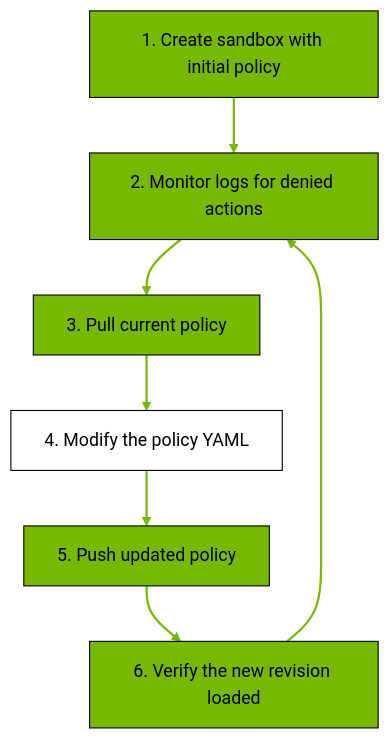
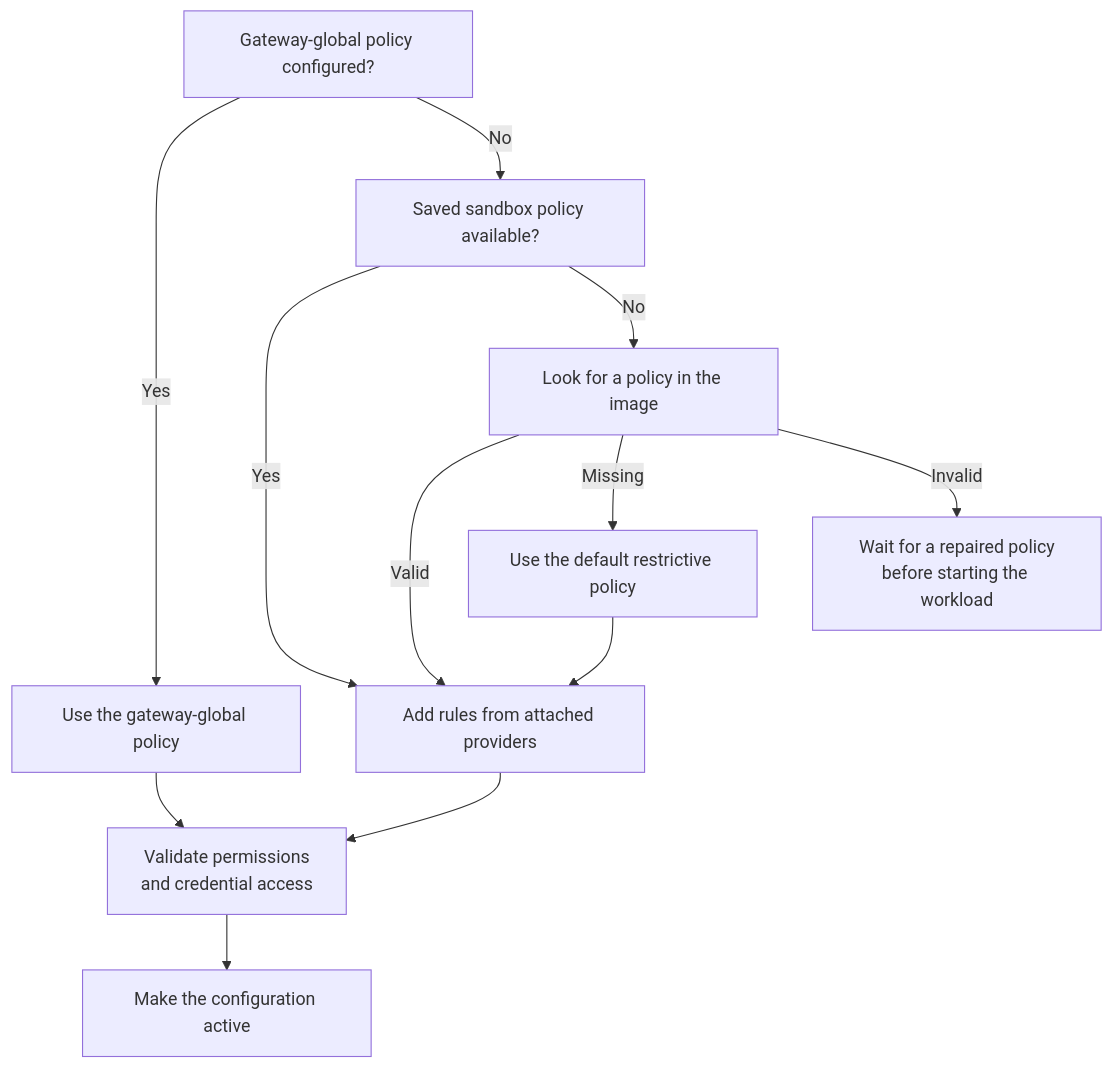
Before and after one commit to Hugoch/OpenShell: the first of 2 diagrams in docs/sandboxes/policies.mdx, drawn with Mermaid. The commit also changed other lines of this file and 24 other files, not shown here.

Commit message:
docs(policy): clarify sandbox policy workflows and reference

````diff
--- a/docs/sandboxes/policies.mdx
+++ b/docs/sandboxes/policies.mdx
@@ -195,18 +210,14 @@
 ```mermaid
 flowchart TD
-    A["1. Create sandbox with initial policy"] --> B["2. Monitor logs for denied actions"]
-    B --> C["3. Pull current policy"]
-    C --> D["4. Modify the policy YAML"]
-    D --> E["5. Push updated policy"]
-    E --> F["6. Verify the new revision loaded"]
-    F --> B
-
-    style A fill:#76b900,stroke:#000000,color:#000000
-    style B fill:#76b900,stroke:#000000,color:#000000
-    style C fill:#76b900,stroke:#000000,color:#000000
-    style D fill:#ffffff,stroke:#000000,color:#000000
-    style E fill:#76b900,stroke:#000000,color:#000000
-    style F fill:#76b900,stroke:#000000,color:#000000
-
-    linkStyle default stroke:#76b900,stroke-width:2px
+    A["Gateway-global policy configured?"] -->|Yes| B["Use the gateway-global policy"]
+    A -->|No| C["Saved sandbox policy available?"]
+    C -->|Yes| D["Add rules from attached providers"]
+    C -->|No| E["Look for a policy in the image"]
+    E -->|Valid| D
+    E -->|Missing| F["Use the default restrictive policy"]
+    E -->|Invalid| G["Wait for a repaired policy<br/>before starting the workload"]
+    F --> D
+    B --> H["Validate permissions<br/>and credential access"]
+    D --> H
+    H --> I["Make the configuration active"]
 ```
````
